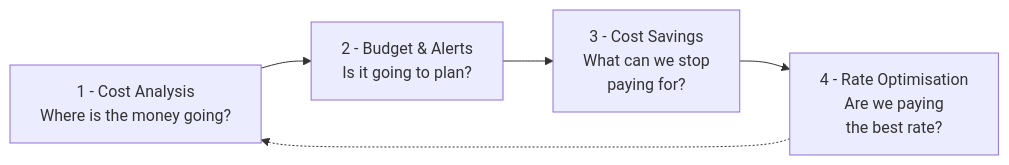
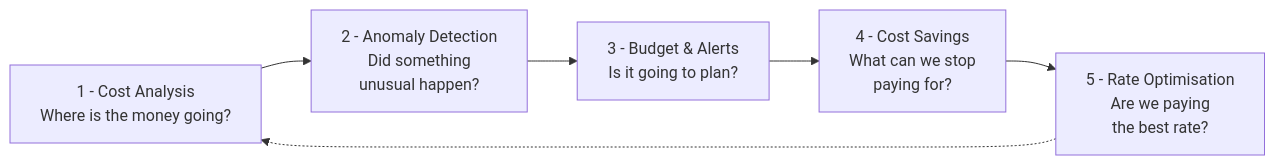
The diagram in pulse-ecosystem/cloud-economics/README.md (DevoteamCMS/PulseDocs), drawn with Mermaid before and after one commit. The commit also changed other lines of this file and 4 other files, not shown here.

First line of the commit message:
Add Anomaly Detection page to Cloud Economics

````diff
--- a/pulse-ecosystem/cloud-economics/README.md
+++ b/pulse-ecosystem/cloud-economics/README.md
@@ -15,13 +15,15 @@
 ```mermaid
 flowchart LR
     A["1 - Cost Analysis<br/>Where is the money going?"]
-    B["2 - Budget #amp; Alerts<br/>Is it going to plan?"]
-    C["3 - Cost Savings<br/>What can we stop<br/>paying for?"]
-    D["4 - Rate Optimisation<br/>Are we paying<br/>the best rate?"]
-    A --> B --> C --> D
-    D -.-> A
+    B["2 - Anomaly Detection<br/>Did something<br/>unusual happen?"]
+    C["3 - Budget #amp; Alerts<br/>Is it going to plan?"]
+    D["4 - Cost Savings<br/>What can we stop<br/>paying for?"]
+    E["5 - Rate Optimisation<br/>Are we paying<br/>the best rate?"]
+    A --> B --> C --> D --> E
+    E -.-> A
     click A "/pulse-ecosystem/cloud-economics/cost-analysis/"
-    click B "/pulse-ecosystem/cloud-economics/budget-alerts/"
-    click C "/pulse-ecosystem/cloud-economics/cost-savings/"
-    click D "/pulse-ecosystem/cloud-economics/rate-optimisation/"
+    click B "/pulse-ecosystem/cloud-economics/anomaly-detection/"
+    click C "/pulse-ecosystem/cloud-economics/budget-alerts/"
+    click D "/pulse-ecosystem/cloud-economics/cost-savings/"
+    click E "/pulse-ecosystem/cloud-economics/rate-optimisation/"
 ```
````
